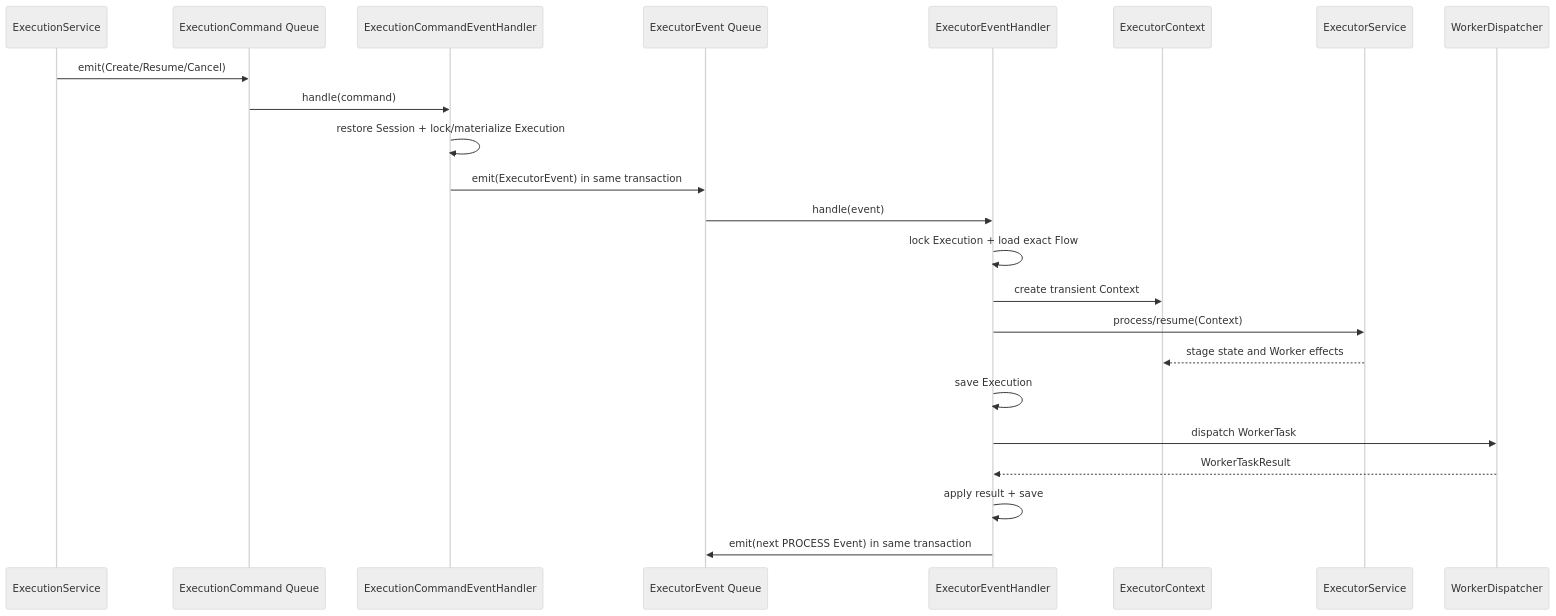
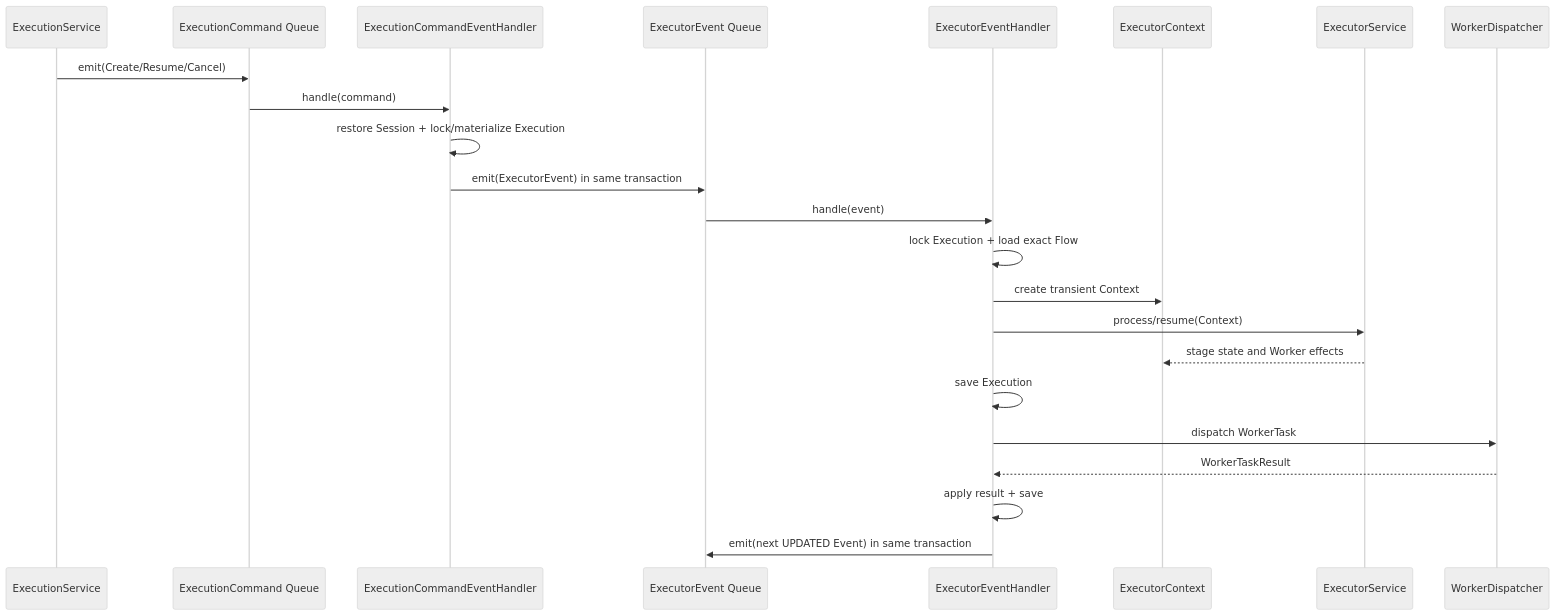
One commit to Eiddy5/flow changed the diagram in docs/decisions/0059-route-executor-state-handoffs-through-executor-event-queue.md. Above: the diagram before and after it, drawn with Mermaid (neutral theme). The commit also changed other lines of this file and 183 other files, not shown here.

````diff
--- a/docs/decisions/0059-route-executor-state-handoffs-through-executor-event-queue.md
+++ b/docs/decisions/0059-route-executor-state-handoffs-through-executor-event-queue.md
@@ -80,26 +85,26 @@
 ```mermaid
 sequenceDiagram
     participant S as ExecutionService
     participant CQ as ExecutionCommand Queue
     participant C as ExecutionCommandEventHandler
     participant EQ as ExecutorEvent Queue
     participant E as ExecutorEventHandler
     participant X as ExecutorContext
     participant R as ExecutorService
     participant W as WorkerDispatcher
 
     S->>CQ: emit(Create/Resume/Cancel)
     CQ->>C: handle(command)
     C->>C: restore Session + lock/materialize Execution
     C->>EQ: emit(ExecutorEvent) in same transaction
     EQ->>E: handle(event)
     E->>E: lock Execution + load exact Flow
     E->>X: create transient Context
     E->>R: process/resume(Context)
     R-->>X: stage state and Worker effects
     E->>E: save Execution
     E->>W: dispatch WorkerTask
     W-->>E: WorkerTaskResult
     E->>E: apply result + save
-    E->>EQ: emit(next PROCESS Event) in same transaction
+    E->>EQ: emit(next UPDATED Event) in same transaction
 ```
````
